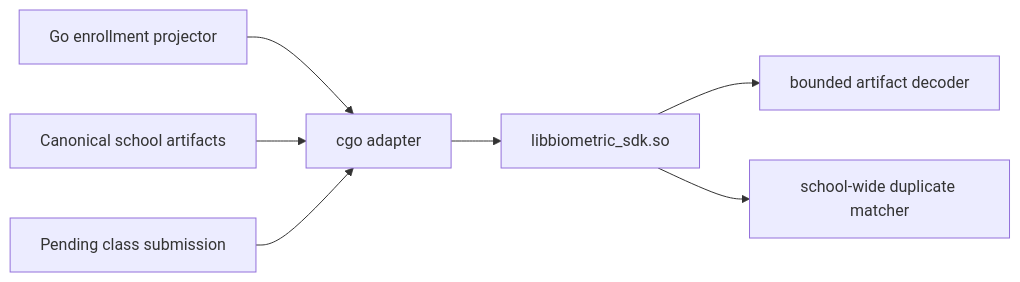
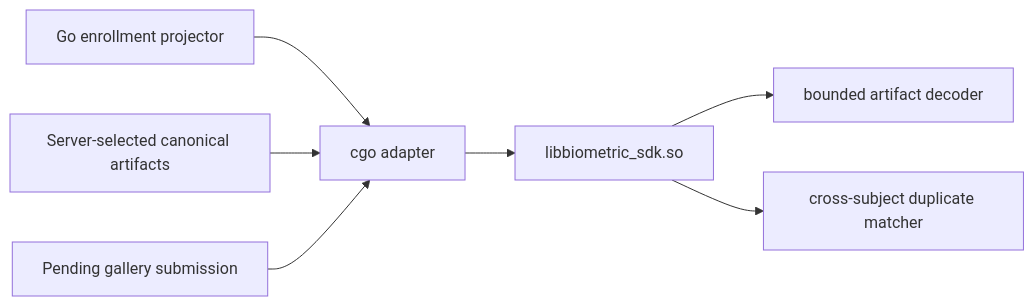
One commit to DataInfosec/tanda changed the first of 2 diagrams in feature/biometrics/verification/src/commonMain/rust/docs/server-ffi.md. Above: the diagram before and after it, drawn with Mermaid. The commit also changed other lines of this file and 24 other files, not shown here.

````diff
--- a/feature/biometrics/verification/src/commonMain/rust/docs/server-ffi.md
+++ b/feature/biometrics/verification/src/commonMain/rust/docs/server-ffi.md
@@ -11,9 +11,9 @@
 ```mermaid
 flowchart LR
     go["Go enrollment projector"] --> cgo["cgo adapter"]
     cgo --> ffi["libbiometric_sdk.so"]
     ffi --> decode["bounded artifact decoder"]
-    ffi --> duplicate["school-wide duplicate matcher"]
-    postgres["Canonical school artifacts"] --> cgo
-    candidate["Pending class submission"] --> cgo
+    ffi --> duplicate["cross-subject duplicate matcher"]
+    postgres["Server-selected canonical artifacts"] --> cgo
+    candidate["Pending gallery submission"] --> cgo
 ```
````
